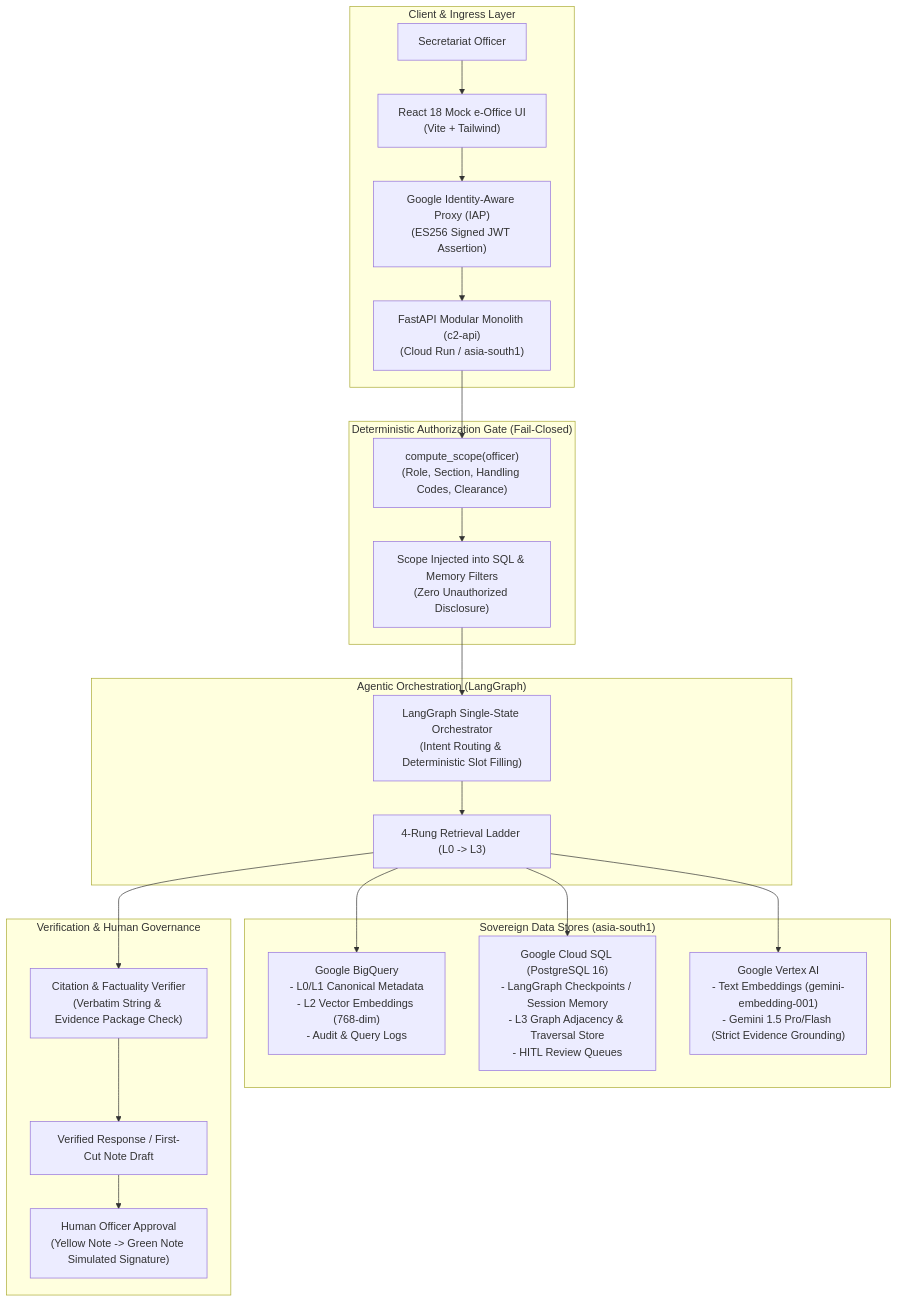
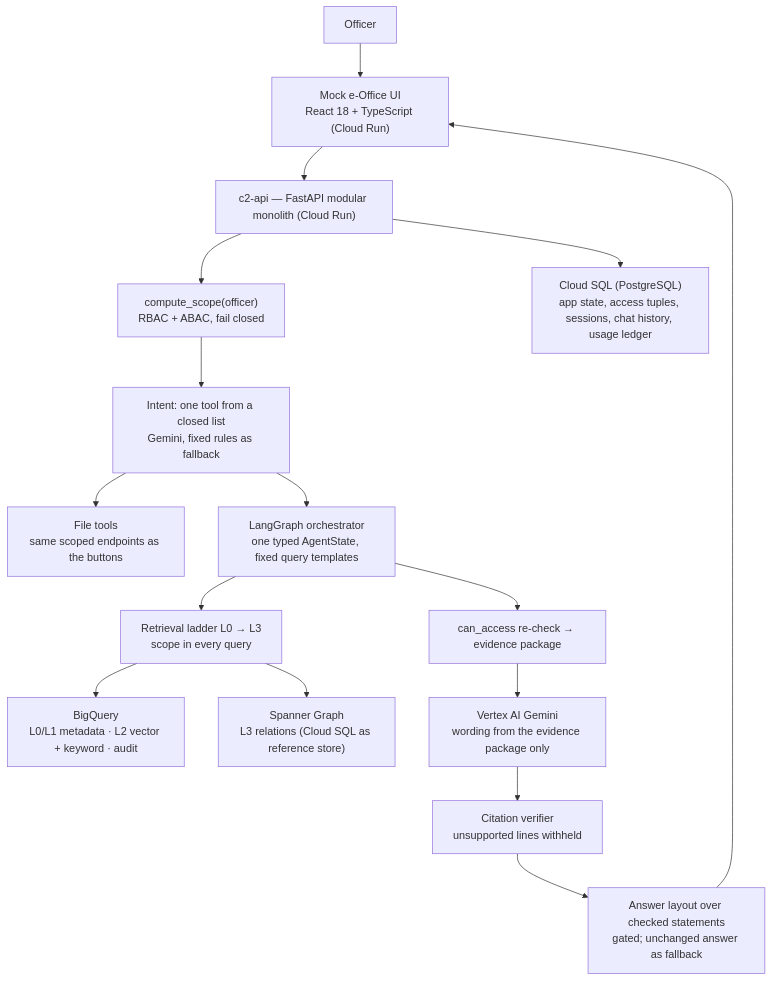
Before and after one commit to VENKATCHINTHAKINDI01/Project_C2-24: the diagram in README.md, drawn with Mermaid. The commit also changed other lines of this file and 124 other files, not shown here.

Commit message:
feat(core, ui, infra): sync L2 safeguards, deployment scripts, e-office mock updates and e2e test suite

````diff
--- a/README.md
+++ b/README.md
@@ -57,30 +83,18 @@
 ```mermaid
 flowchart TD
-    subgraph ClientLayer ["Client & Ingress Layer"]
-        User["Secretariat Officer"] --> Frontend["React 18 Mock e-Office UI\n(Vite + Tailwind)"]
-        Frontend --> IAP["Google Identity-Aware Proxy (IAP)\n(ES256 Signed JWT Assertion)"]
-        IAP --> API["FastAPI Modular Monolith (c2-api)\n(Cloud Run / asia-south1)"]
-    end
-
-    subgraph SecurityGate ["Deterministic Authorization Gate (Fail-Closed)"]
-        API --> Auth["compute_scope(officer)\n(Role, Section, Handling Codes, Clearance)"]
-        Auth --> ScopeCheck["Scope Injected into SQL & Memory Filters\n(Zero Unauthorized Disclosure)"]
-    end
-
-    subgraph OrchestrationLayer ["Agentic Orchestration (LangGraph)"]
-        ScopeCheck --> Orchestrator["LangGraph Single-State Orchestrator\n(Intent Routing & Deterministic Slot Filling)"]
-        Orchestrator --> RetrievalLadder["4-Rung Retrieval Ladder (L0 -> L3)"]
-    end
-
-    subgraph DataServices ["Sovereign Data Stores (asia-south1)"]
-        RetrievalLadder --> BQ["Google BigQuery\n- L0/L1 Canonical Metadata\n- L2 Vector Embeddings (768-dim)\n- Audit & Query Logs"]
-        RetrievalLadder --> CloudSQL["Google Cloud SQL (PostgreSQL 16)\n- LangGraph Checkpoints / Session Memory\n- L3 Graph Adjacency & Traversal Store\n- HITL Review Queues"]
-        RetrievalLadder --> VertexAI["Google Vertex AI\n- Text Embeddings (gemini-embedding-001)\n- Gemini 1.5 Pro/Flash (Strict Evidence Grounding)"]
-    end
-
-    subgraph VerificationGate ["Verification & Human Governance"]
-        RetrievalLadder --> Verifier["Citation & Factuality Verifier\n(Verbatim String & Evidence Package Check)"]
-        Verifier --> Output["Verified Response / First-Cut Note Draft"]
-        Output --> OfficerSignOff["Human Officer Approval\n(Yellow Note -> Green Note Simulated Signature)"]
-    end
+    Officer["Officer"] --> UI["Mock e-Office UI<br/>React 18 + TypeScript (Cloud Run)"]
+    UI --> API["c2-api — FastAPI modular monolith (Cloud Run)"]
+    API --> Scope["compute_scope(officer)<br/>RBAC + ABAC, fail closed"]
+    Scope --> Intent["Intent: one tool from a closed list<br/>Gemini, fixed rules as fallback"]
+    Intent --> Tools["File tools<br/>same scoped endpoints as the buttons"]
+    Intent --> Orch["LangGraph orchestrator<br/>one typed AgentState, fixed query templates"]
+    Orch --> Ladder["Retrieval ladder L0 → L3<br/>scope in every query"]
+    Ladder --> BQ["BigQuery<br/>L0/L1 metadata · L2 vector + keyword · audit"]
+    Ladder --> Graph["Spanner Graph<br/>L3 relations (Cloud SQL as reference store)"]
+    Orch --> Recheck["can_access re-check → evidence package"]
+    Recheck --> Gemini["Vertex AI Gemini<br/>wording from the evidence package only"]
+    Gemini --> Verify["Citation verifier<br/>unsupported lines withheld"]
+    Verify --> Layout["Answer layout over checked statements<br/>gated; unchanged answer as fallback"]
+    Layout --> UI
+    API --> SQL["Cloud SQL (PostgreSQL)<br/>app state, access tuples, sessions, chat history, usage ledger"]
 ```
````
